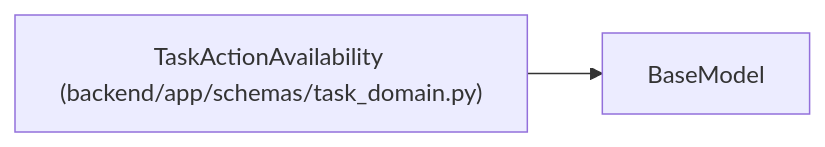
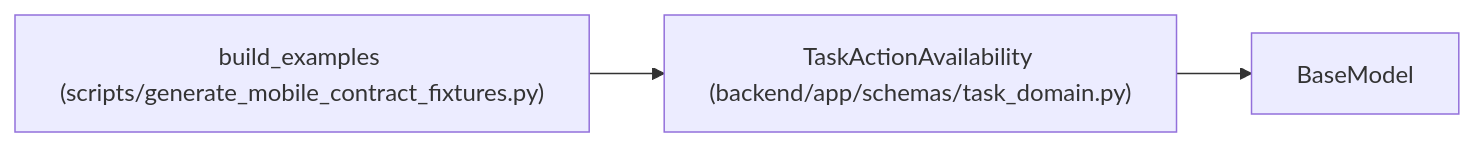
The diagram in docs/llm_wiki/entities/schemas_task_domain_TaskActionAvailability.md (Denissvgn/WorkChord), drawn with Mermaid before and after one commit. The commit also changed other lines of this file and 333 other files, not shown here.

Commit message:
docs(wiki): document canonical mobile contract examples

````diff
--- a/docs/llm_wiki/entities/schemas_task_domain_TaskActionAvailability.md
+++ b/docs/llm_wiki/entities/schemas_task_domain_TaskActionAvailability.md
@@ -27,7 +27,10 @@
 ```mermaid
 flowchart LR
     n0["TaskActionAvailability (backend/app/schemas/task_domain.py)"]
     n1["BaseModel"]
+    n2["build_examples (scripts/generate_mobile_contract_fixtures.py)"]
     n0 --> n1
+    n2 --> n0
     click n0 "../modules/schemas_task_domain.md"
+    click n2 "../modules/generate_mobile_contract_fixtures.md"
 ```
````
